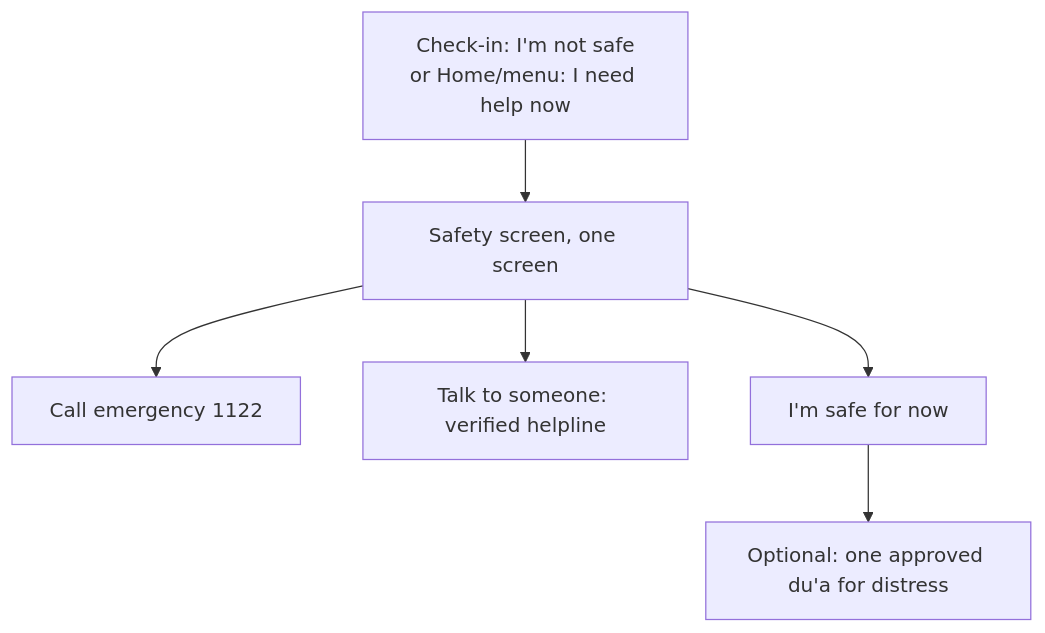
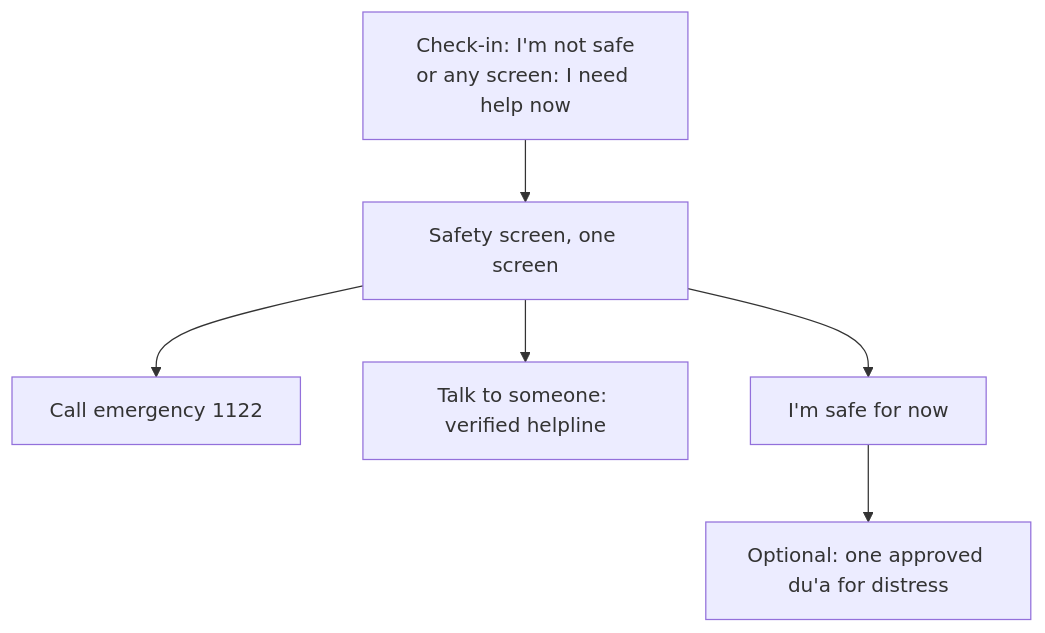
One commit to musam8831/BCSR changed the diagram in docs/07-ux/flows/UX-04-safety.md. Above: the diagram before and after it, drawn with Mermaid. The commit also changed other lines of this file and 6 other files, not shown here.

````diff
--- a/docs/07-ux/flows/UX-04-safety.md
+++ b/docs/07-ux/flows/UX-04-safety.md
@@ -7,8 +7,8 @@
 ```mermaid
 flowchart TD
-  IN[Check-in: I'm not safe<br/>or Home/menu: I need help now] --> S[Safety screen, one screen]
+  IN[Check-in: I'm not safe<br/>or any screen: I need help now] --> S[Safety screen, one screen]
   S --> E[Call emergency 1122]
   S --> H[Talk to someone: verified helpline]
   S --> OK[I'm safe for now]
   OK --> D[Optional: one approved du'a for distress]
 ```
````
